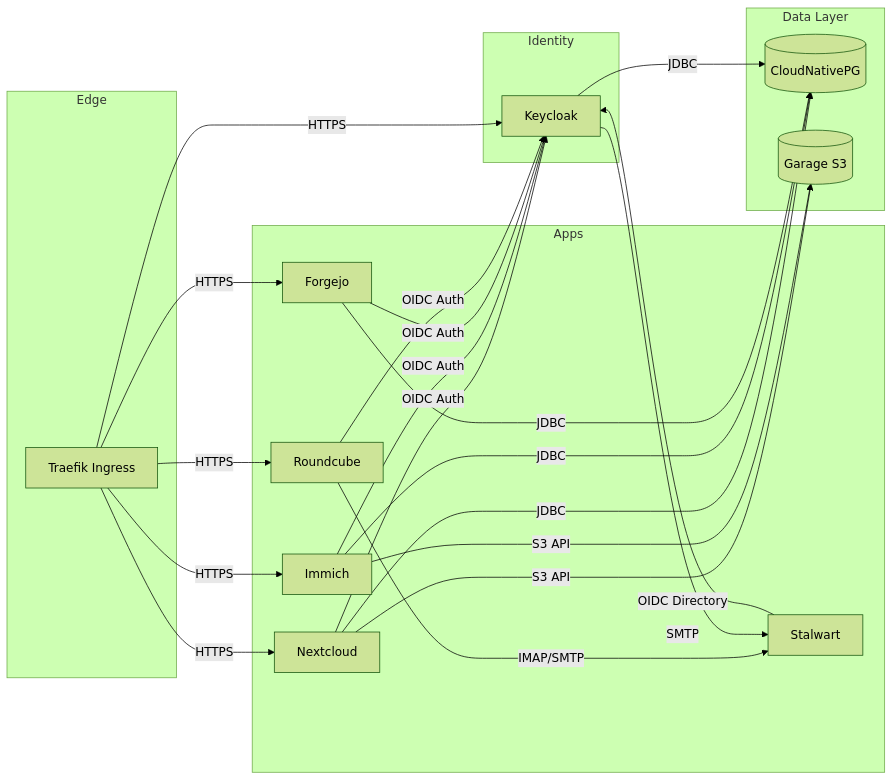
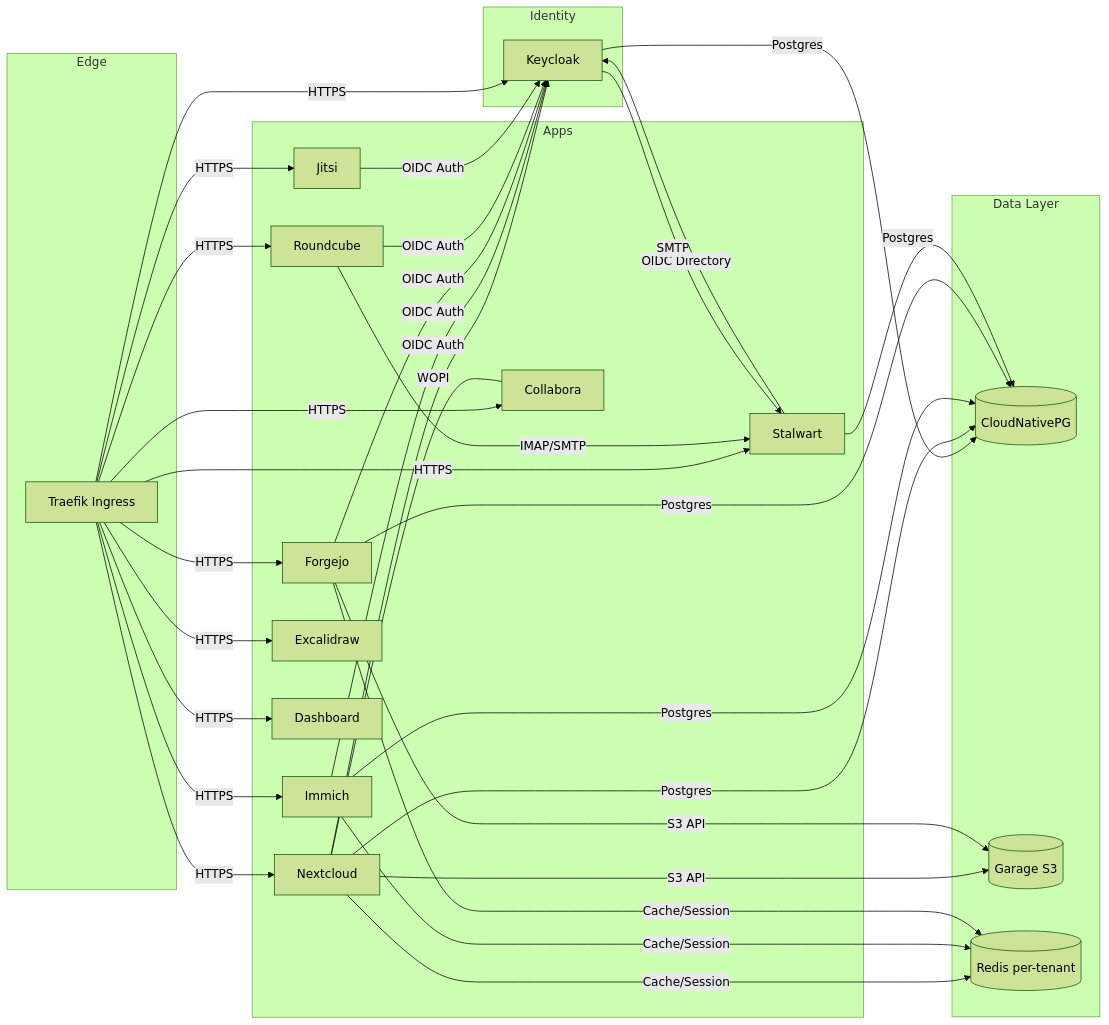
One commit to stephan271/smallworlds changed the second of 2 diagrams in smallworlds_architecture.md. Above: the diagram before and after it, drawn with Mermaid (forest theme). The commit also changed 1 other file, not shown here.

Commit message:
docs(architecture): correct and complete the System Topology Map
Audited the topology diagram against the manifests and rebuilt it:

Correctness:
- remove the Immich->S3 edge (Immich stores its library on a PVC, not
  Garage S3; it only uses S3 for CNPG backups)
- relabel the DB edges JDBC -> Postgres (only Keycloak speaks JDBC;
  Nextcloud/Immich/Forgejo use native drivers)

Completeness:
- add the missing Forgejo->S3 edge (Forgejo uses Garage via minio)
- add the apps that have public ingresses: Collabora, Jitsi,
  Excalidraw, Dashboard, plus Traefik->Stalwart
- add Jitsi->Keycloak OIDC (jitsi-oidc-adapter)
- add a per-tenant Redis node with NC/IM/GIT edges
- add the Nextcloud<->Collabora WOPI link

Validated the flowchart renders via mermaid-cli.

````diff
--- a/smallworlds_architecture.md
+++ b/smallworlds_architecture.md
@@ -83,46 +83,71 @@
 ```mermaid
 flowchart LR
     subgraph Edge
         T[Traefik Ingress]
     end
 
     subgraph Identity
         KC[Keycloak]
     end
 
     subgraph Data Layer
         CNPG[(CloudNativePG)]
         S3[(Garage S3)]
+        RD[(Redis per-tenant)]
     end
 
     subgraph Apps
         NC[Nextcloud]
+        CO[Collabora]
         IM[Immich]
         GIT[Forgejo]
         MAIL[Stalwart]
         RC[Roundcube]
+        JI[Jitsi]
+        EX[Excalidraw]
+        DASH[Dashboard]
     end
 
+    %% Ingress — every public host terminates TLS at Traefik
     T -->|HTTPS| KC
     T -->|HTTPS| NC
+    T -->|HTTPS| CO
     T -->|HTTPS| IM
     T -->|HTTPS| GIT
+    T -->|HTTPS| MAIL
     T -->|HTTPS| RC
+    T -->|HTTPS| JI
+    T -->|HTTPS| EX
+    T -->|HTTPS| DASH
 
+    %% Identity — apps that delegate login to Keycloak
     NC -->|OIDC Auth| KC
     IM -->|OIDC Auth| KC
     GIT -->|OIDC Auth| KC
     RC -->|OIDC Auth| KC
+    JI -->|OIDC Auth| KC
     MAIL -->|OIDC Directory| KC
 
-    KC -->|JDBC| CNPG
-    NC -->|JDBC| CNPG
-    IM -->|JDBC| CNPG
-    GIT -->|JDBC| CNPG
+    %% Databases — dedicated CNPG Postgres cluster per stateful app
+    KC -->|Postgres| CNPG
+    NC -->|Postgres| CNPG
+    IM -->|Postgres| CNPG
+    GIT -->|Postgres| CNPG
+    MAIL -->|Postgres| CNPG
 
+    %% Object storage — only Nextcloud and Forgejo use Garage as primary storage
     NC -->|S3 API| S3
-    IM -->|S3 API| S3
+    GIT -->|S3 API| S3
 
+    %% Cache / sessions
+    NC -->|Cache/Session| RD
+    IM -->|Cache/Session| RD
+    GIT -->|Cache/Session| RD
+
+    %% Collaborative editing (WOPI)
+    NC ---|WOPI| CO
+
+    %% Mail
     RC -->|IMAP/SMTP| MAIL
     KC -->|SMTP| MAIL
 ```
````
